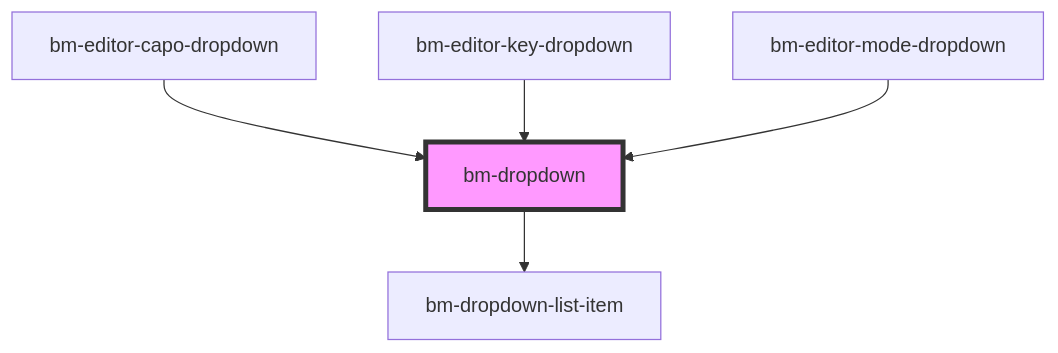
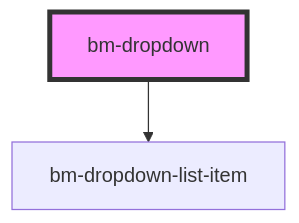
One commit to bettermusic/studio changed the diagram in packages/studio/src/components/ui/dropdown/readme.md. Above: the diagram before and after it, drawn with Mermaid. The commit also changed other lines of this file and 170 other files, not shown here.

````diff
--- a/packages/studio/src/components/ui/dropdown/readme.md
+++ b/packages/studio/src/components/ui/dropdown/readme.md
@@ -80,8 +74,5 @@
 ```mermaid
 graph TD;
   bm-dropdown --> bm-dropdown-list-item
-  bm-editor-capo-dropdown --> bm-dropdown
-  bm-editor-key-dropdown --> bm-dropdown
-  bm-editor-mode-dropdown --> bm-dropdown
   style bm-dropdown fill:#f9f,stroke:#333,stroke-width:4px
 ```
````
